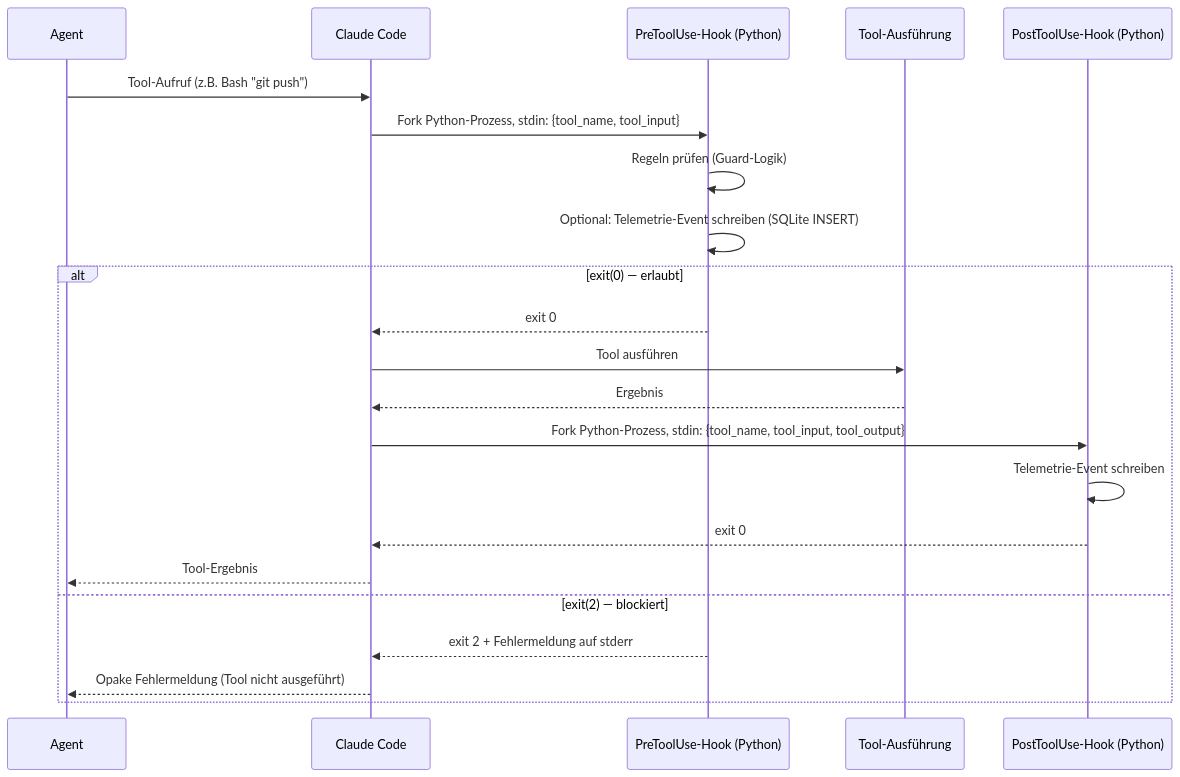
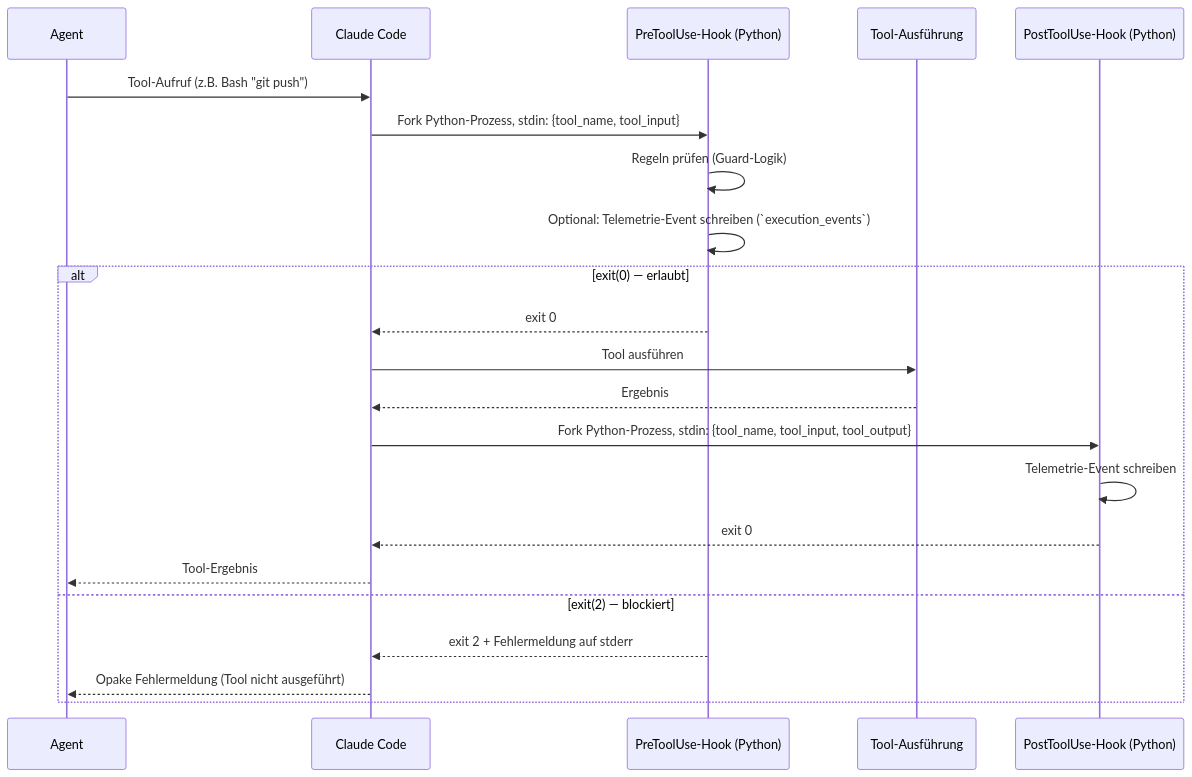
One commit to saltenhof/claude-agentkit3 changed the first of 2 diagrams in concept/technical-design/30_hook_adapter_guard_enforcement.md. Above: the diagram before and after it, drawn with Mermaid. The commit also changed other lines of this file and 135 other files, not shown here.

````diff
--- a/concept/technical-design/30_hook_adapter_guard_enforcement.md
+++ b/concept/technical-design/30_hook_adapter_guard_enforcement.md
@@ -59,26 +59,26 @@
 ```mermaid
 sequenceDiagram
     participant A as Agent
     participant CC as Claude Code
     participant PRE as PreToolUse-Hook (Python)
     participant TOOL as Tool-Ausführung
     participant POST as PostToolUse-Hook (Python)
 
     A->>CC: Tool-Aufruf (z.B. Bash "git push")
     CC->>PRE: Fork Python-Prozess, stdin: {tool_name, tool_input}
     PRE->>PRE: Regeln prüfen (Guard-Logik)
-    PRE->>PRE: Optional: Telemetrie-Event schreiben (SQLite INSERT)
+    PRE->>PRE: Optional: Telemetrie-Event schreiben (`execution_events`)
 
     alt exit(0) — erlaubt
         PRE-->>CC: exit 0
         CC->>TOOL: Tool ausführen
         TOOL-->>CC: Ergebnis
         CC->>POST: Fork Python-Prozess, stdin: {tool_name, tool_input, tool_output}
         POST->>POST: Telemetrie-Event schreiben
         POST-->>CC: exit 0
         CC-->>A: Tool-Ergebnis
     else exit(2) — blockiert
         PRE-->>CC: exit 2 + Fehlermeldung auf stderr
         CC-->>A: Opake Fehlermeldung (Tool nicht ausgeführt)
     end
 ```
````
